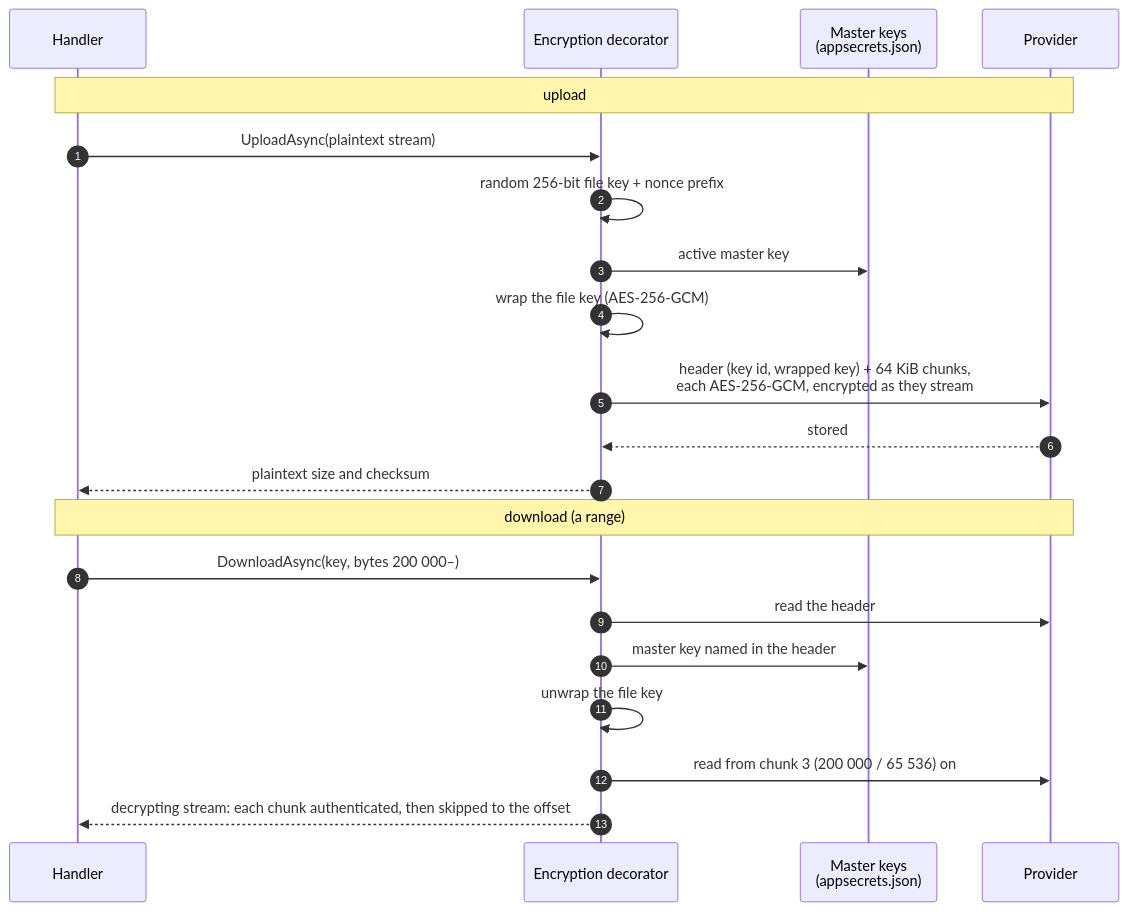
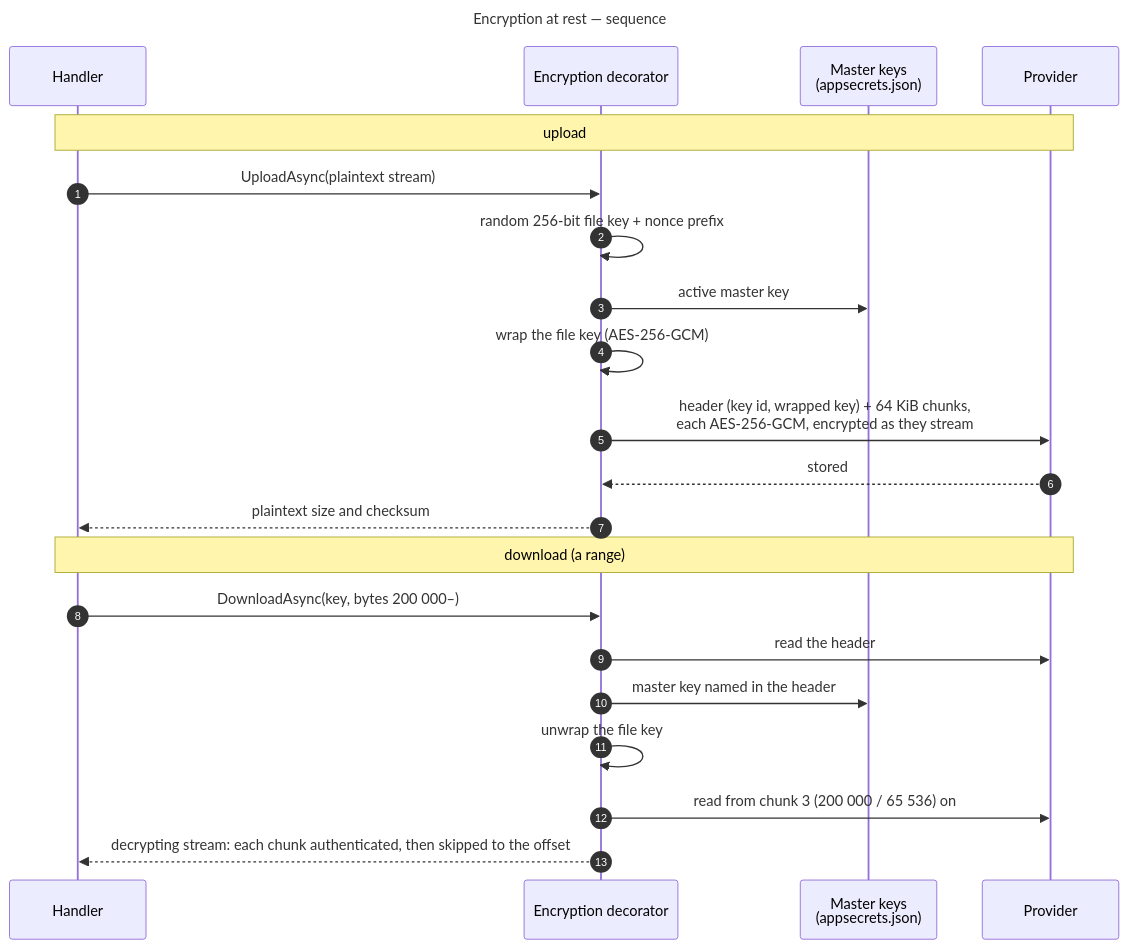
One commit to gmetskhvarishvili/GM.FileStorage.Samples changed diagram 11 of 14 in docs/sequence-diagrams.md. Above: the diagram before and after it, drawn with Mermaid. The commit also changed other lines of this file and 7 other files, not shown here.

First line of the commit message:
docs: name every diagram "subject — kind" and index them

````diff
--- a/docs/sequence-diagrams.md
+++ b/docs/sequence-diagrams.md
@@ -324,25 +352,28 @@
 ```mermaid
+---
+title: Encryption at rest — sequence
+---
 sequenceDiagram
     autonumber
     participant H as Handler
     participant E as Encryption decorator
     participant K as Master keys<br/>(appsecrets.json)
     participant P as Provider
 
     Note over H,P: upload
     H->>E: UploadAsync(plaintext stream)
     E->>E: random 256-bit file key + nonce prefix
     E->>K: active master key
     E->>E: wrap the file key (AES-256-GCM)
     E->>P: header (key id, wrapped key) + 64 KiB chunks,<br/>each AES-256-GCM, encrypted as they stream
     P-->>E: stored
     E-->>H: plaintext size and checksum
 
     Note over H,P: download (a range)
     H->>E: DownloadAsync(key, bytes 200 000–)
     E->>P: read the header
     E->>K: master key named in the header
     E->>E: unwrap the file key
     E->>P: read from chunk 3 (200 000 / 65 536) on
     E-->>H: decrypting stream: each chunk authenticated, then skipped to the offset
 ```
````
